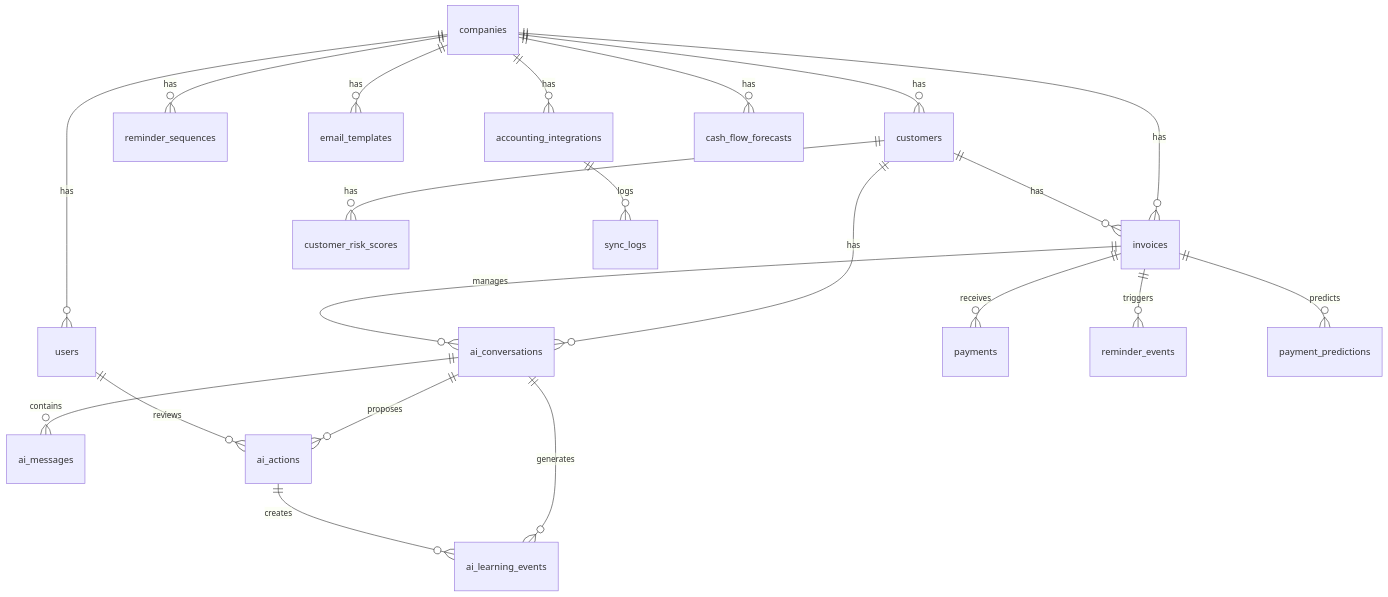
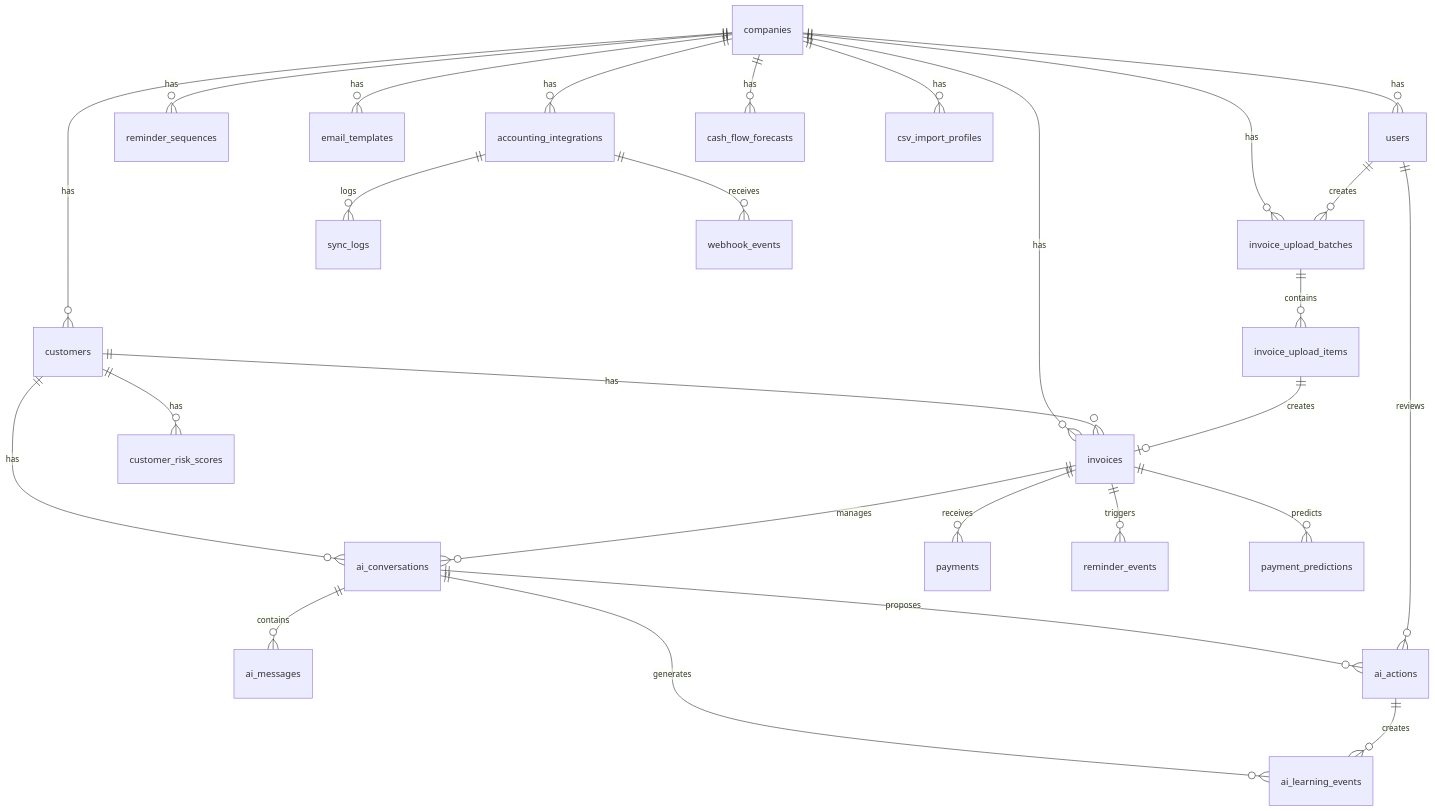
One commit to bhanu-singh/rcbl-ntfr changed the diagram in docs/data-model.md. Above: the diagram before and after it, drawn with Mermaid. The commit also changed other lines of this file and 1 other file, not shown here.

````diff
--- a/docs/data-model.md
+++ b/docs/data-model.md
@@ -480,29 +594,36 @@
 ```mermaid
 erDiagram
     companies ||--o{ users : "has"
     companies ||--o{ customers : "has"
     companies ||--o{ invoices : "has"
     companies ||--o{ reminder_sequences : "has"
     companies ||--o{ email_templates : "has"
     companies ||--o{ accounting_integrations : "has"
     companies ||--o{ cash_flow_forecasts : "has"
+    companies ||--o{ invoice_upload_batches : "has"
+    companies ||--o{ csv_import_profiles : "has"
     
     customers ||--o{ invoices : "has"
     customers ||--o{ ai_conversations : "has"
     customers ||--o{ customer_risk_scores : "has"
     
     invoices ||--o{ payments : "receives"
     invoices ||--o{ reminder_events : "triggers"
     invoices ||--o{ ai_conversations : "manages"
     invoices ||--o{ payment_predictions : "predicts"
     
+    invoice_upload_batches ||--o{ invoice_upload_items : "contains"
+    invoice_upload_items ||--o| invoices : "creates"
+    
     ai_conversations ||--o{ ai_messages : "contains"
     ai_conversations ||--o{ ai_actions : "proposes"
     ai_conversations ||--o{ ai_learning_events : "generates"
     
     ai_actions ||--o{ ai_learning_events : "creates"
     
     accounting_integrations ||--o{ sync_logs : "logs"
+    accounting_integrations ||--o{ webhook_events : "receives"
     
     users ||--o{ ai_actions : "reviews"
+    users ||--o{ invoice_upload_batches : "creates"
 ```
````
